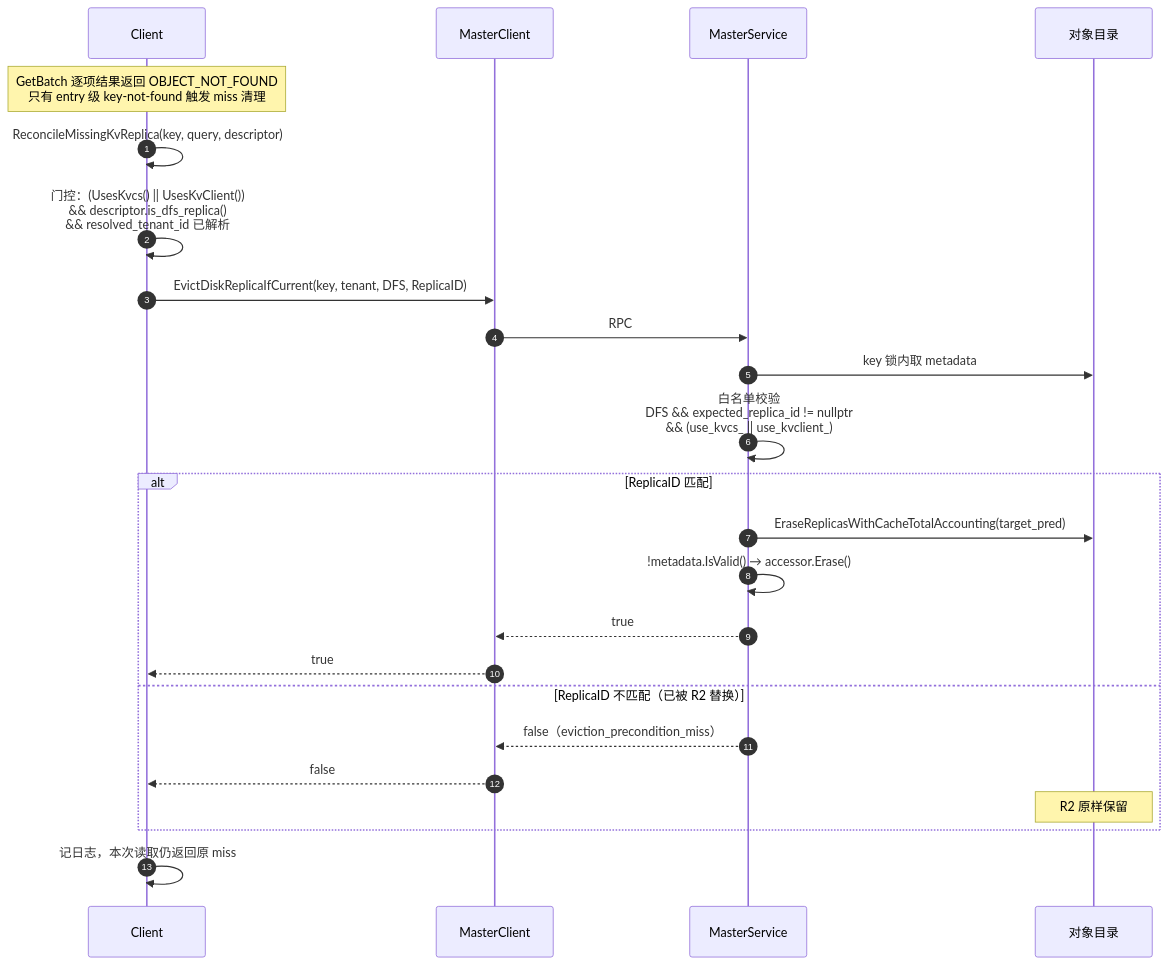
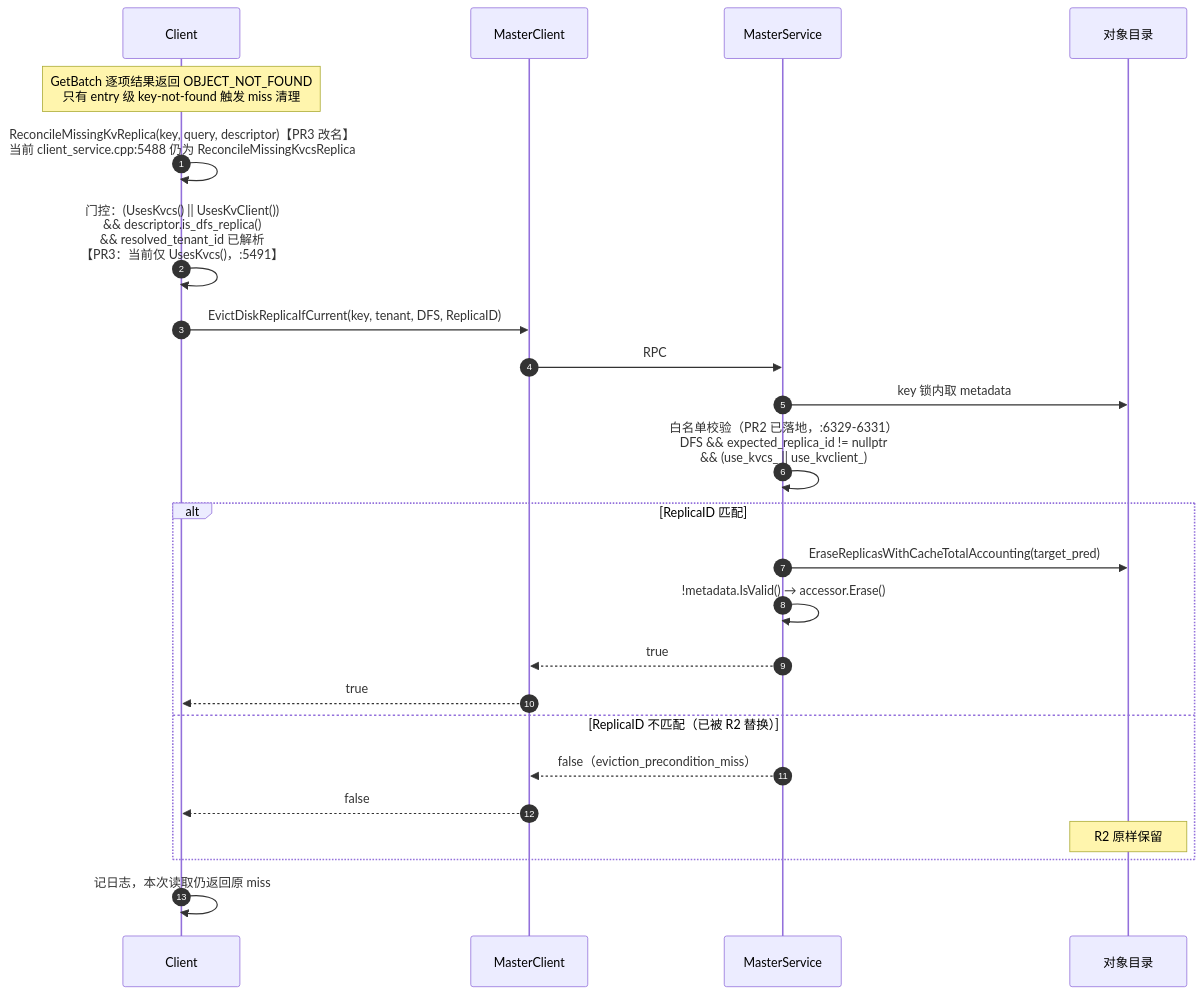
Before and after one commit to zwj20000328-dotcom/Mooncake-documents: diagram 12 of 13 in Mooncake + KVClient L3 接入（Kvcs）- v3.md, drawn with Mermaid. The commit also changed other lines of this file, not shown here.

````diff
--- a/Mooncake + KVClient L3 接入（Kvcs）- v3.md
+++ b/Mooncake + KVClient L3 接入（Kvcs）- v3.md
@@ -742,27 +869,27 @@
 ```mermaid
 sequenceDiagram
     autonumber
     participant C as Client
     participant MC as MasterClient
     participant M as MasterService
     participant META as 对象目录
 
     Note over C: GetBatch 逐项结果返回 OBJECT_NOT_FOUND<br/>只有 entry 级 key-not-found 触发 miss 清理
-    C->>C: ReconcileMissingKvReplica(key, query, descriptor)
-    C->>C: 门控：(UsesKvcs() || UsesKvClient())<br/>&& descriptor.is_dfs_replica()<br/>&& resolved_tenant_id 已解析
+    C->>C: ReconcileMissingKvReplica(key, query, descriptor)【PR3 改名】<br/>当前 client_service.cpp:5488 仍为 ReconcileMissingKvcsReplica
+    C->>C: 门控：(UsesKvcs() || UsesKvClient())<br/>&& descriptor.is_dfs_replica()<br/>&& resolved_tenant_id 已解析<br/>【PR3：当前仅 UsesKvcs()，:5491】
     C->>MC: EvictDiskReplicaIfCurrent(key, tenant, DFS, ReplicaID)
     MC->>M: RPC
     M->>META: key 锁内取 metadata
-    M->>M: 白名单校验<br/>DFS && expected_replica_id != nullptr<br/>&& (use_kvcs_ || use_kvclient_)
+    M->>M: 白名单校验（PR2 已落地，:6329-6331）<br/>DFS && expected_replica_id != nullptr<br/>&& (use_kvcs_ || use_kvclient_)
     alt ReplicaID 匹配
         M->>META: EraseReplicasWithCacheTotalAccounting(target_pred)
         M->>M: !metadata.IsValid() → accessor.Erase()
         M-->>MC: true
         MC-->>C: true
     else ReplicaID 不匹配（已被 R2 替换）
         M-->>MC: false（eviction_precondition_miss）
         MC-->>C: false
         Note over META: R2 原样保留
     end
     C->>C: 记日志，本次读取仍返回原 miss
 ```
````
